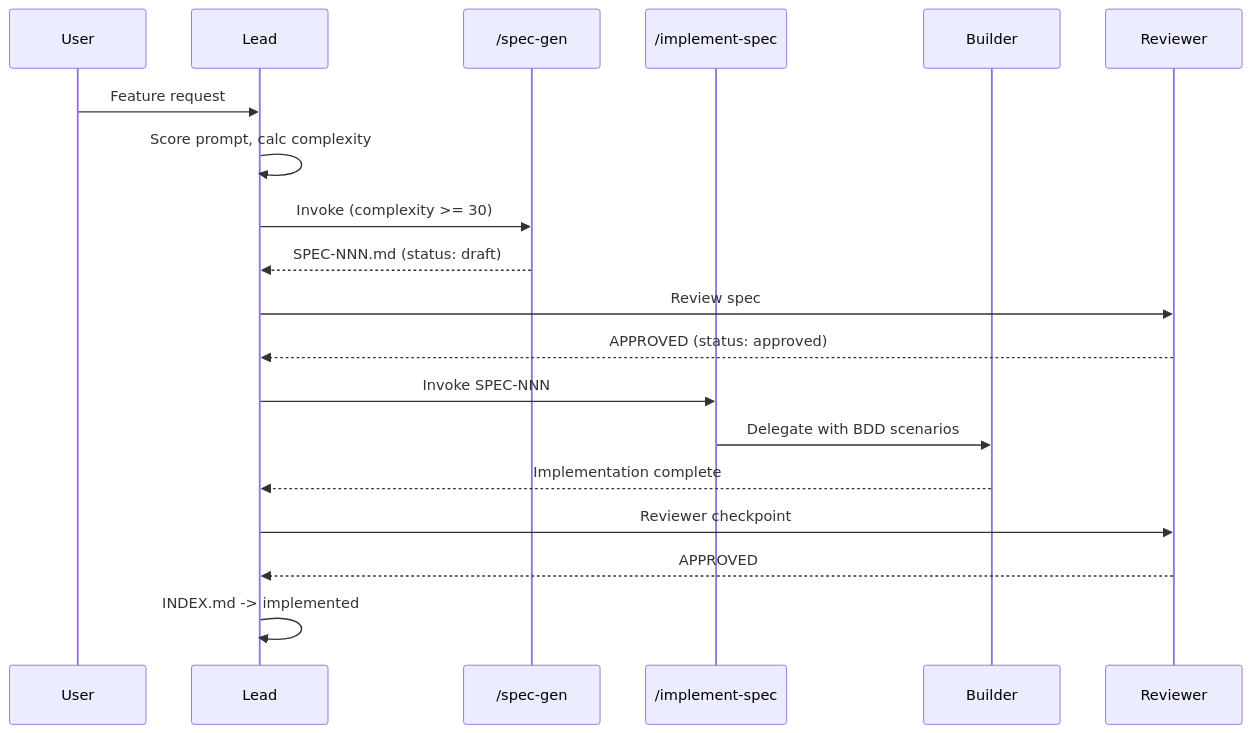
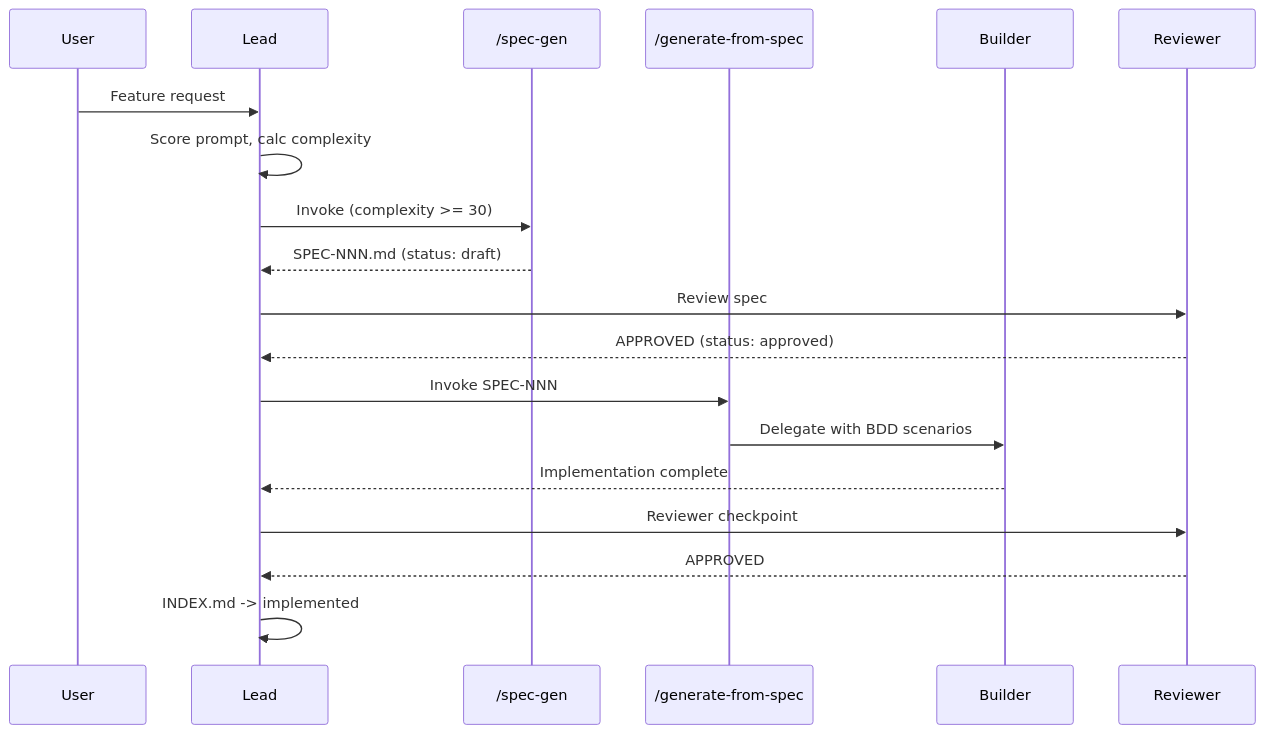
Before and after one commit to MaciWP/claude-code-poneglyph: the third of 3 diagrams in .claude/rules/spec-driven.md, drawn with Mermaid. The commit also changed other lines of this file and 3 other files, not shown here.

````diff
--- a/.claude/rules/spec-driven.md
+++ b/.claude/rules/spec-driven.md
@@ -141,22 +140,22 @@
 ```mermaid
 sequenceDiagram
     participant U as User
     participant L as Lead
     participant SG as /spec-gen
-    participant IS as /implement-spec
+    participant IS as /generate-from-spec
     participant B as Builder
     participant R as Reviewer
 
     U->>L: Feature request
     L->>L: Score prompt, calc complexity
     L->>SG: Invoke (complexity >= 30)
     SG-->>L: SPEC-NNN.md (status: draft)
     L->>R: Review spec
     R-->>L: APPROVED (status: approved)
     L->>IS: Invoke SPEC-NNN
     IS->>B: Delegate with BDD scenarios
     B-->>L: Implementation complete
     L->>R: Reviewer checkpoint
     R-->>L: APPROVED
     L->>L: INDEX.md -> implemented
 ```
````
